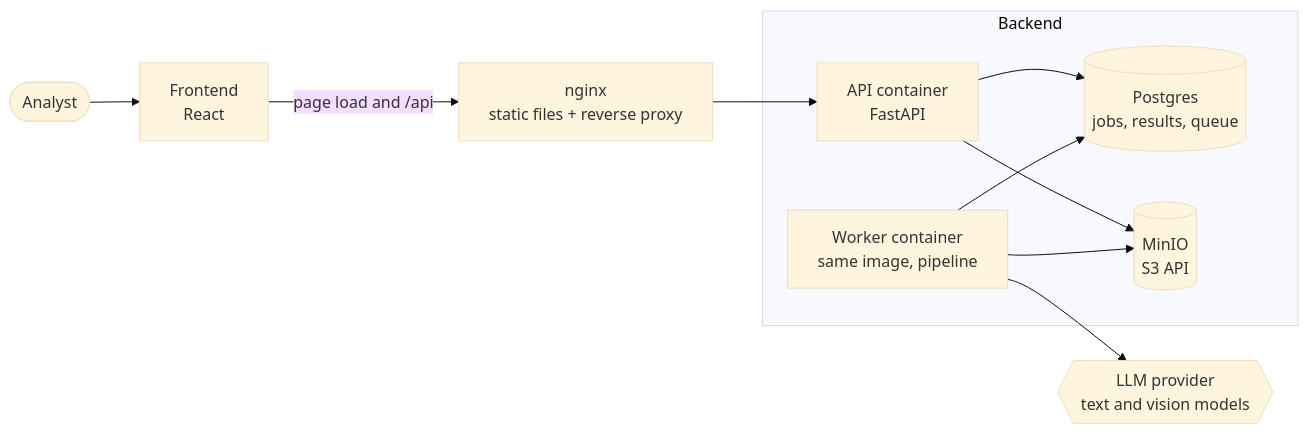
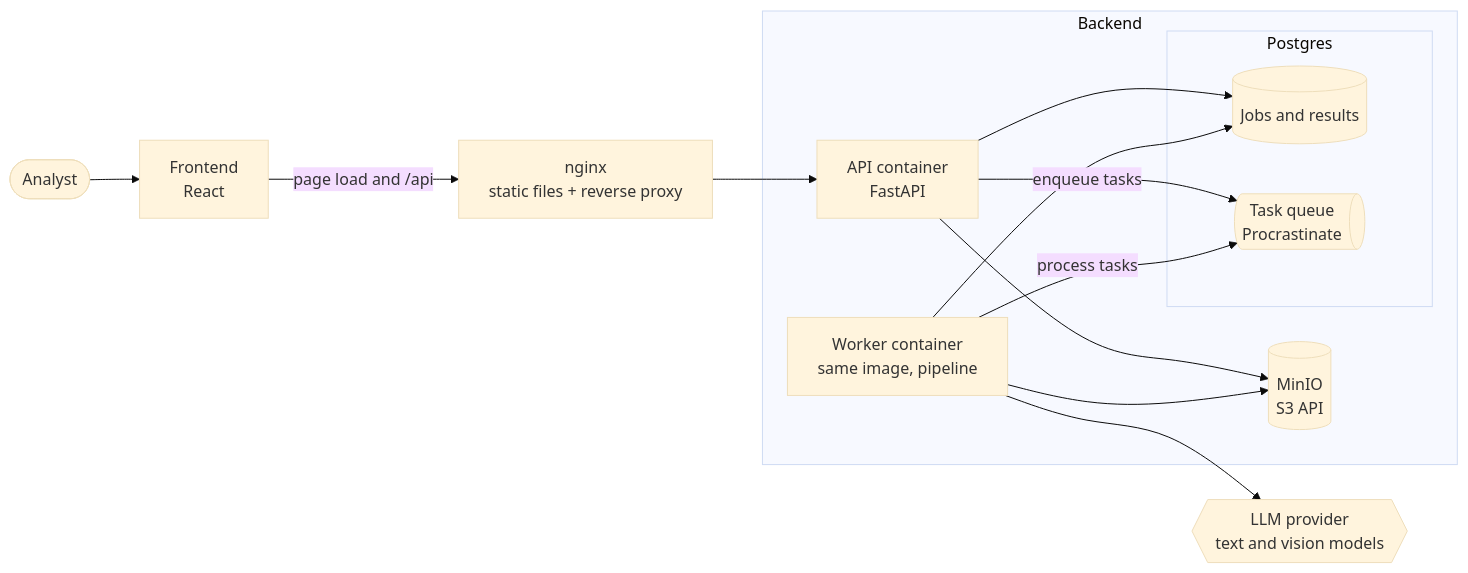
The first of 13 diagrams in context/architecture.md (nc1z/doc-insight), drawn with Mermaid (base theme) before and after one commit. The commit also changed other lines of this file and 1 other file, not shown here.

````diff
--- a/context/architecture.md
+++ b/context/architecture.md
@@ -9,15 +9,26 @@
 ```mermaid
 flowchart LR
     Analyst([Analyst]) --> Browser[Frontend<br/>React]
     Browser -- "page load and /api" --> Nginx[nginx<br/>static files + reverse proxy]
     Nginx --> API
 
     subgraph Backend
-        API[API container<br/>FastAPI] --> DB[(Postgres<br/>jobs, results, queue)]
-        API --> Files[(MinIO<br/>S3 API)]
-        Worker[Worker container<br/>same image, pipeline] --> DB
+        API[API container<br/>FastAPI]
+        Worker[Worker container<br/>same image, pipeline]
+        Files[(MinIO<br/>S3 API)]
+
+        subgraph Postgres
+            DB[(Jobs and results)]
+            Queue@{ shape: h-cyl, label: "Task queue<br/>Procrastinate" }
+        end
+
+        API --> DB
+        API -- "enqueue tasks" --> Queue
+        API --> Files
+        Worker -- "process tasks" --> Queue
+        Worker --> DB
         Worker --> Files
     end
 
     Worker --> LLM{{LLM provider<br/>text and vision models}}
 ```
````
